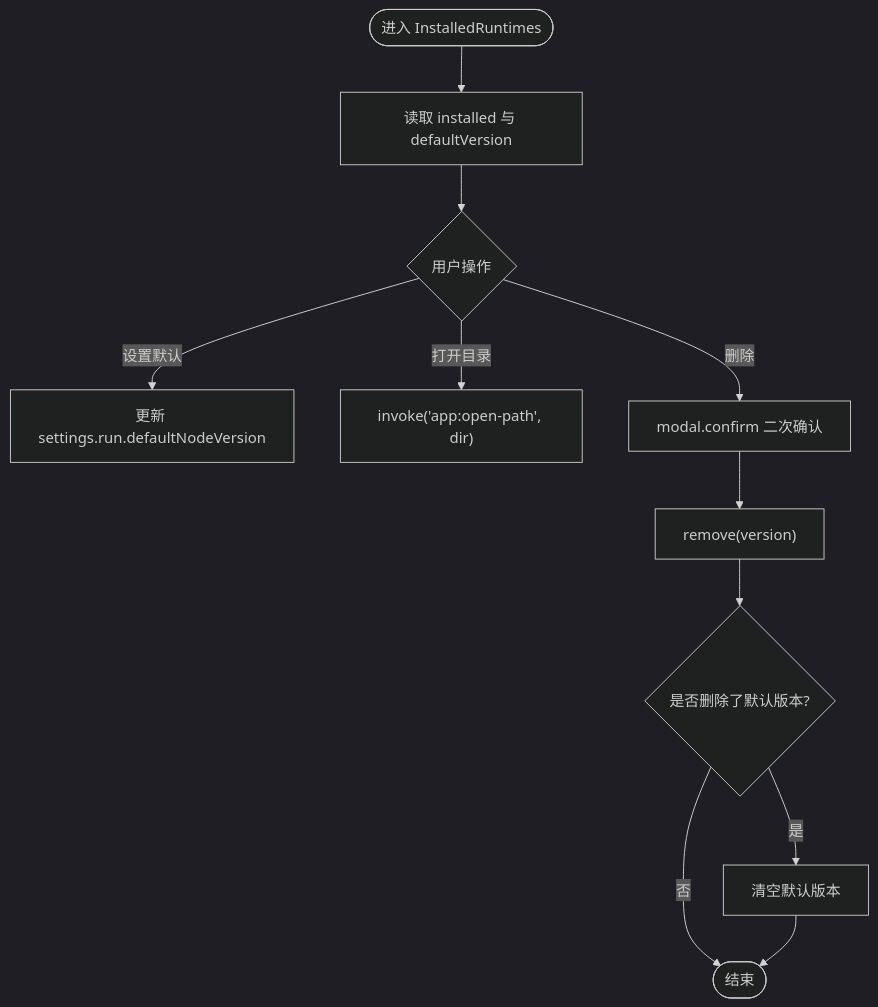
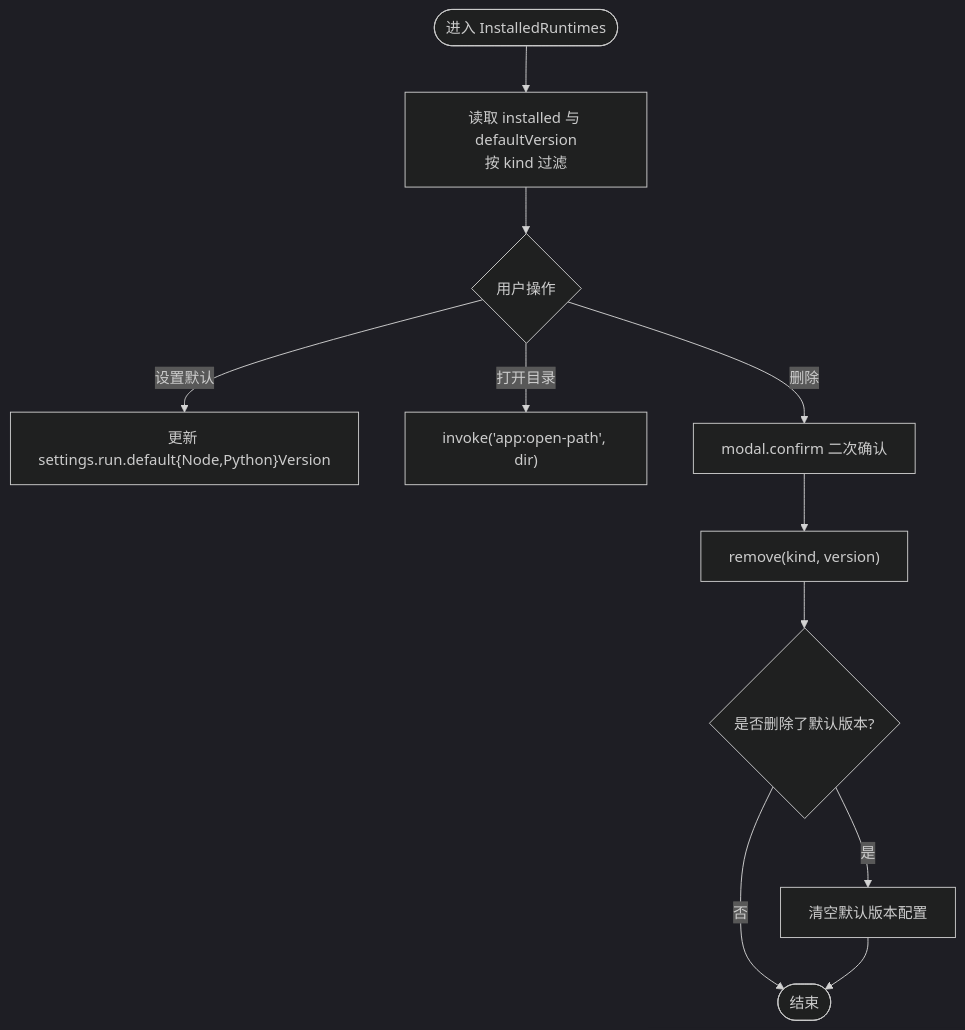
The third of 6 diagrams in .qoder/repowiki/zh/content/前端应用架构/页面组件/运行时管理页面.md (hozeeee/script-box), drawn with Mermaid (dark theme) before and after one commit. The commit also changed other lines of this file and 6 other files, not shown here.

````diff
--- a/.qoder/repowiki/zh/content/前端应用架构/页面组件/运行时管理页面.md
+++ b/.qoder/repowiki/zh/content/前端应用架构/页面组件/运行时管理页面.md
@@ -164,13 +171,13 @@
 ```mermaid
 flowchart TD
-Start(["进入 InstalledRuntimes"]) --> Load["读取 installed 与 defaultVersion"]
+Start(["进入 InstalledRuntimes"]) --> Load["读取 installed 与 defaultVersion<br/>按 kind 过滤"]
 Load --> Actions{"用户操作"}
-Actions --> |设置默认| SetDefault["更新 settings.run.defaultNodeVersion"]
+Actions --> |设置默认| SetDefault["更新 settings.run.default{Node,Python}Version"]
 Actions --> |打开目录| OpenDir["invoke('app:open-path', dir)"]
 Actions --> |删除| Confirm["modal.confirm 二次确认"]
-Confirm --> Remove["remove(version)"]
+Confirm --> Remove["remove(kind, version)"]
 Remove --> CheckDefault{"是否删除了默认版本?"}
-CheckDefault --> |是| ClearDefault["清空默认版本"]
+CheckDefault --> |是| ClearDefault["清空默认版本配置"]
 CheckDefault --> |否| End(["结束"])
 ClearDefault --> End
 ```
````
